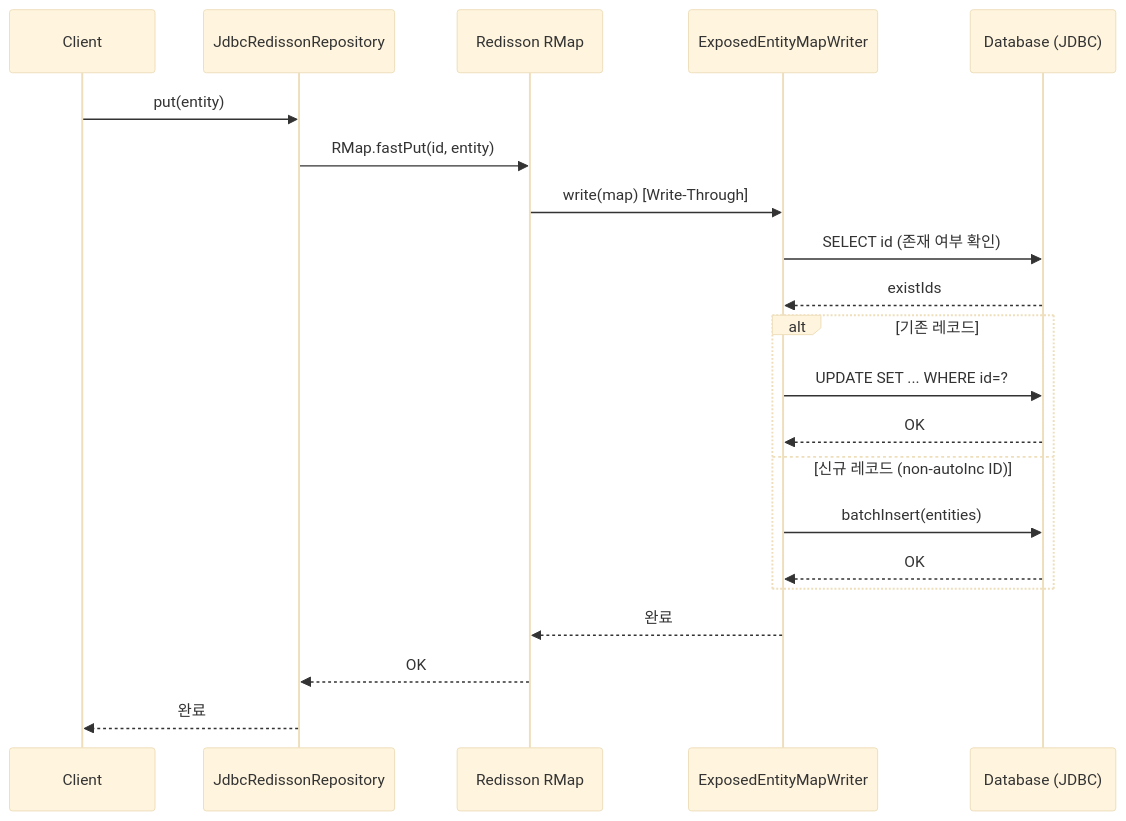
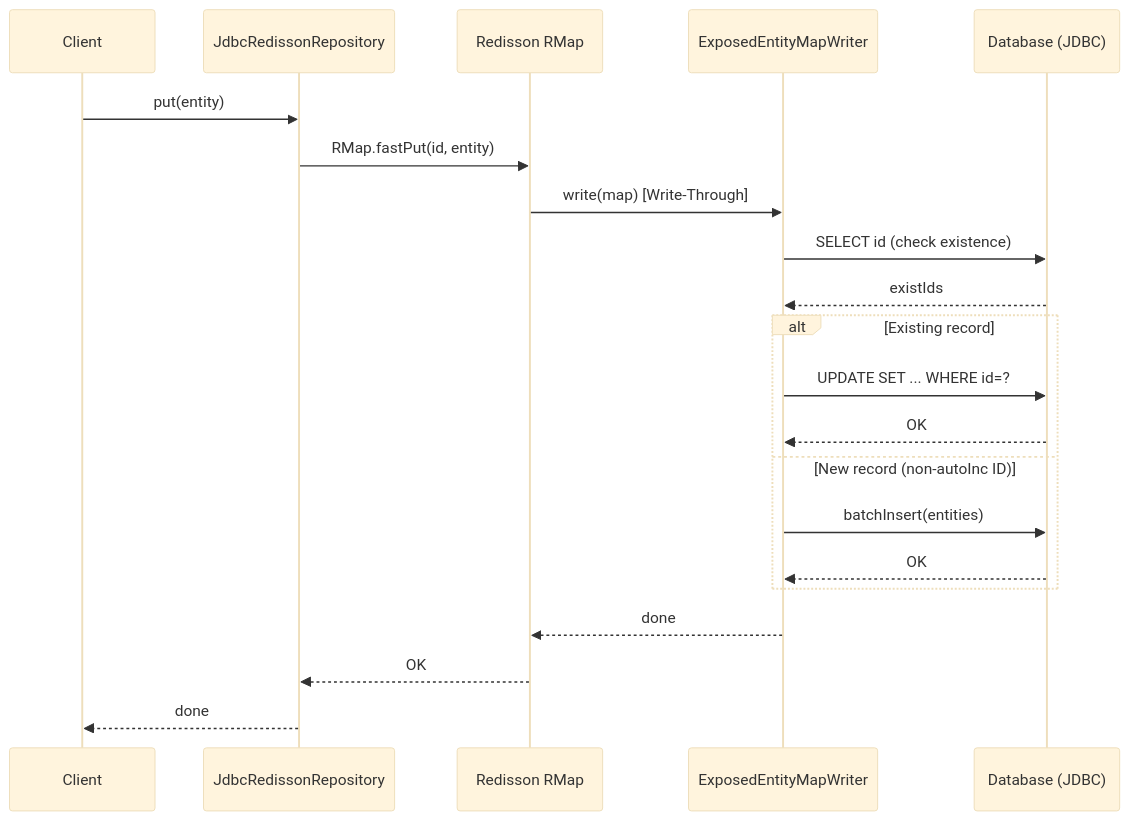
One commit to bluetape4k/bluetape4k-projects changed the fifth of 9 diagrams in data/exposed-jdbc-redisson/README.md. Above: the diagram before and after it, drawn with Mermaid (base theme). The commit also changed other lines of this file and 265 other files, not shown here.

````diff
--- a/data/exposed-jdbc-redisson/README.md
+++ b/data/exposed-jdbc-redisson/README.md
@@ -421,23 +422,23 @@
 ```mermaid
 sequenceDiagram
     participant Client as Client
     participant Repo as JdbcRedissonRepository
     participant RMap as Redisson RMap
     participant Writer as ExposedEntityMapWriter
     participant DB as Database (JDBC)
     Client ->> Repo: put(entity)
     Repo ->> RMap: RMap.fastPut(id, entity)
     RMap ->> Writer: write(map) [Write-Through]
-    Writer ->> DB: SELECT id (존재 여부 확인)
+    Writer ->> DB: SELECT id (check existence)
     DB -->> Writer: existIds
-    alt 기존 레코드
+    alt Existing record
         Writer ->> DB: UPDATE SET ... WHERE id=?
         DB -->> Writer: OK
-    else 신규 레코드 (non-autoInc ID)
+    else New record (non-autoInc ID)
         Writer ->> DB: batchInsert(entities)
         DB -->> Writer: OK
     end
-    Writer -->> RMap: 완료
+    Writer -->> RMap: done
     RMap -->> Repo: OK
-    Repo -->> Client: 완료
+    Repo -->> Client: done
 ```
````
